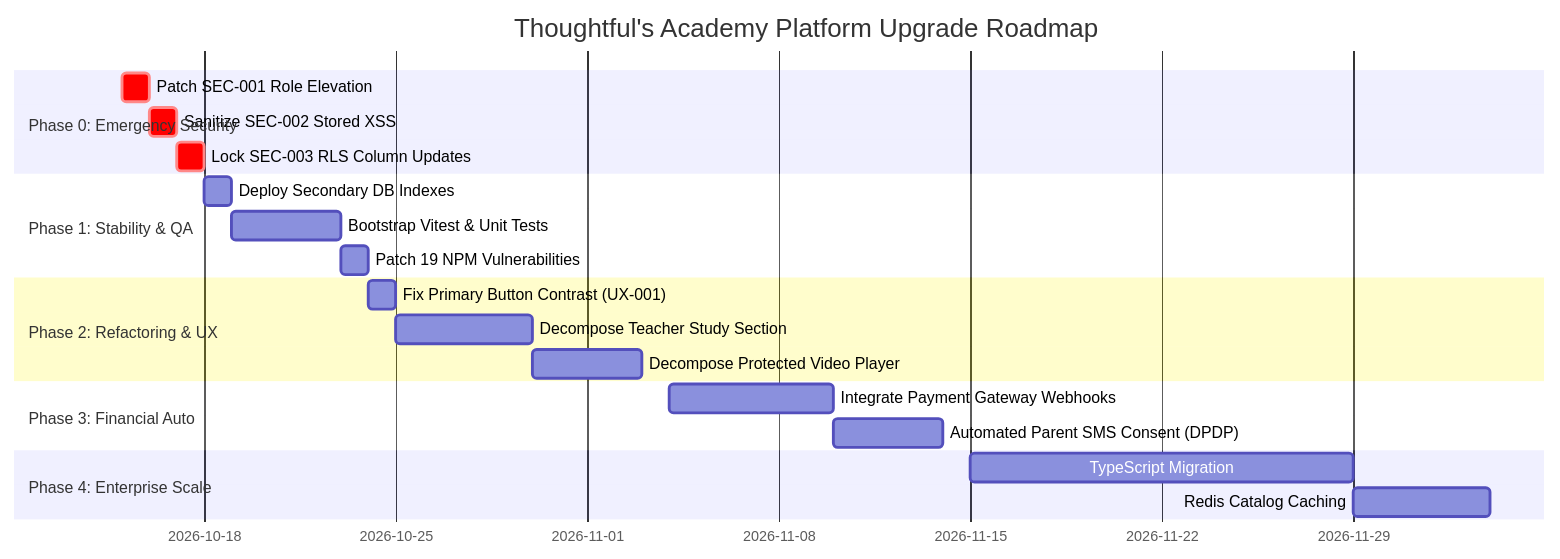
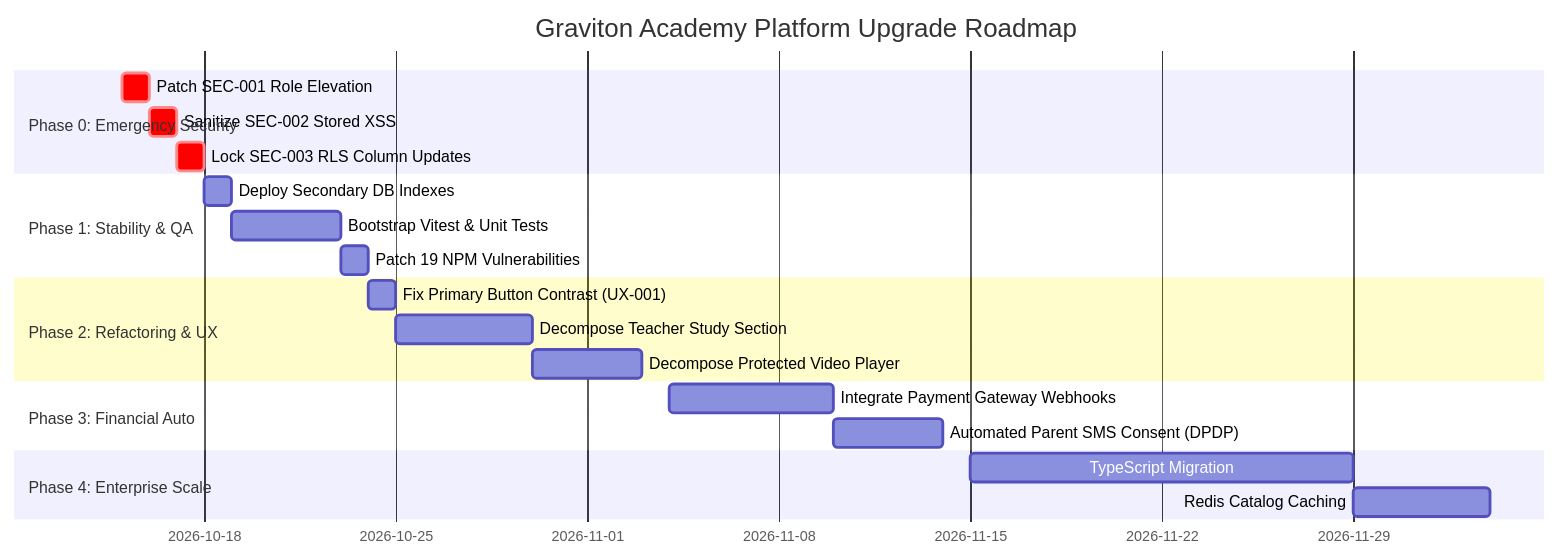
The diagram in documentation/ROADMAP/PRIORITIZED_UPGRADE_ROADMAP.md (tgmind/Thoughtful-s-Academy), drawn with Mermaid before and after one commit. The commit also changed other lines of this file and 152 other files, not shown here.

Commit message:
feat(ui): brand rename to Graviton Academy, hero 3-card triad, and auto-balancing lecture grid

````diff
--- a/documentation/ROADMAP/PRIORITIZED_UPGRADE_ROADMAP.md
+++ b/documentation/ROADMAP/PRIORITIZED_UPGRADE_ROADMAP.md
@@ -11,23 +11,23 @@
 ```mermaid
 gantt
-    title Thoughtful's Academy Platform Upgrade Roadmap
+    title Graviton Academy Platform Upgrade Roadmap
     dateFormat  YYYY-MM-DD
     section Phase 0: Emergency Security
     Patch SEC-001 Role Elevation       :crit, 2026-10-15, 1d
     Sanitize SEC-002 Stored XSS        :crit, 2026-10-16, 1d
     Lock SEC-003 RLS Column Updates    :crit, 2026-10-17, 1d
     section Phase 1: Stability & QA
     Deploy Secondary DB Indexes        :2026-10-18, 1d
     Bootstrap Vitest & Unit Tests      :2026-10-19, 4d
     Patch 19 NPM Vulnerabilities       :2026-10-23, 1d
     section Phase 2: Refactoring & UX
     Fix Primary Button Contrast (UX-001):2026-10-24, 1d
     Decompose Teacher Study Section     :2026-10-25, 5d
     Decompose Protected Video Player    :2026-10-30, 4d
     section Phase 3: Financial Auto
     Integrate Payment Gateway Webhooks :2026-11-04, 6d
     Automated Parent SMS Consent (DPDP):2026-11-10, 4d
     section Phase 4: Enterprise Scale
     TypeScript Migration               :2026-11-15, 14d
     Redis Catalog Caching              :2026-11-29, 5d
 ```
````
